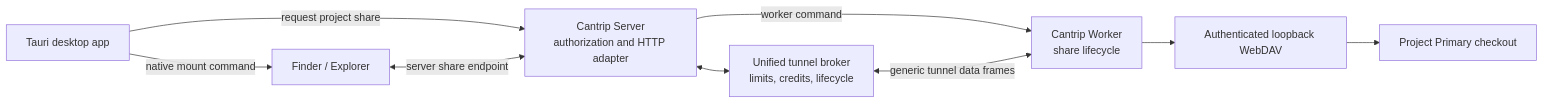
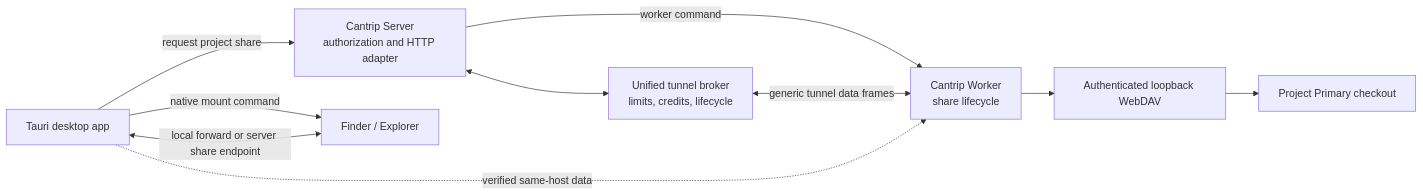
One commit to ArcaneArts/Cantrip changed the diagram in docs/PROJECT_NETWORK_SHARES.md. Above: the diagram before and after it, drawn with Mermaid. The commit also changed other lines of this file and 21 other files, not shown here.

````diff
--- a/docs/PROJECT_NETWORK_SHARES.md
+++ b/docs/PROJECT_NETWORK_SHARES.md
@@ -10,19 +12,20 @@
 ```mermaid
 flowchart LR
     APP["Tauri desktop app"]
     SERVER["Cantrip Server<br/>authorization and HTTP adapter"]
     BROKER["Unified tunnel broker<br/>limits, credits, lifecycle"]
     WORKER["Cantrip Worker<br/>share lifecycle"]
     DAV["Authenticated loopback WebDAV"]
     TREE["Project Primary checkout"]
     NATIVE["Finder / Explorer"]
 
     APP -->|"request project share"| SERVER
     SERVER -->|"worker command"| WORKER
     WORKER --> DAV
     DAV --> TREE
     SERVER <--> BROKER
     BROKER <-->|"generic tunnel data frames"| WORKER
     APP -->|"native mount command"| NATIVE
-    NATIVE <-->|"server share endpoint"| SERVER
+    NATIVE <-->|"local forward or server share endpoint"| APP
+    APP -. "verified same-host data" .-> WORKER
 ```
````
